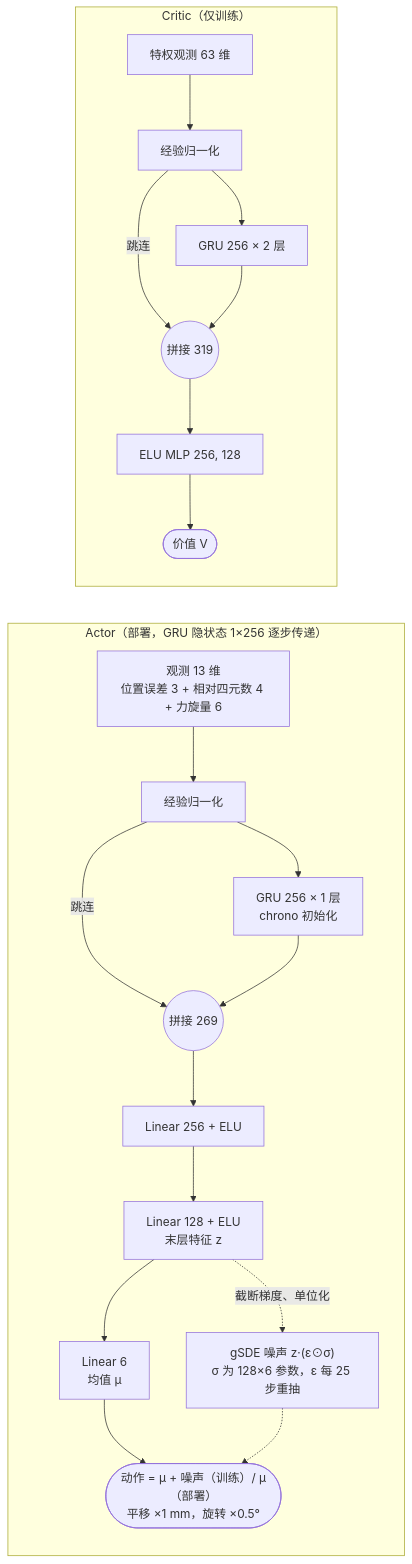
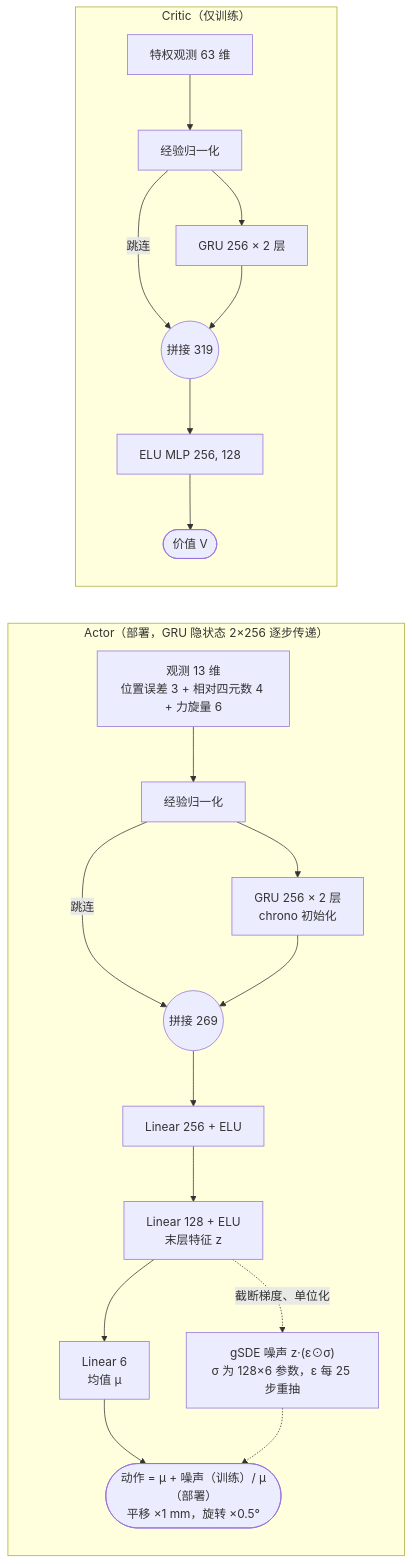
The diagram in README.md (madderscientist/InsertAnything), drawn with Mermaid before and after one commit. The commit also changed other lines of this file and 2 other files, not shown here.

Commit message:
搜索基线采用双层 actor GRU 和 1e-6 联动学习率下限

````diff
--- a/README.md
+++ b/README.md
@@ -211,20 +211,20 @@
   ```mermaid
   flowchart LR
-    subgraph A["Actor（部署，GRU 隐状态 1×256 逐步传递）"]
+    subgraph A["Actor（部署，GRU 隐状态 2×256 逐步传递）"]
       direction TB
       ao["观测 13 维<br/>位置误差 3 + 相对四元数 4 + 力旋量 6"] --> an["经验归一化"]
-      an --> ag["GRU 256 × 1 层<br/>chrono 初始化"]
+      an --> ag["GRU 256 × 2 层<br/>chrono 初始化"]
       an -->|跳连| ac(("拼接 269"))
       ag --> ac
       ac --> am1["Linear 256 + ELU"] --> am2["Linear 128 + ELU<br/>末层特征 z"] --> amu["Linear 6<br/>均值 μ"]
       am2 -.->|截断梯度、单位化| gs["gSDE 噪声 z·(ε⊙σ)<br/>σ 为 128×6 参数，ε 每 25 步重抽"]
       amu --> act(["动作 = μ + 噪声（训练）/ μ（部署）<br/>平移 ×1 mm，旋转 ×0.5°"])
       gs -.-> act
     end
     subgraph C["Critic（仅训练）"]
       direction TB
       co["特权观测 63 维"] --> cn["经验归一化"] --> cg["GRU 256 × 2 层"]
       cn -->|跳连| cc(("拼接 319"))
       cg --> cc --> cm["ELU MLP 256, 128"] --> v(["价值 V"])
     end
   ```
````
